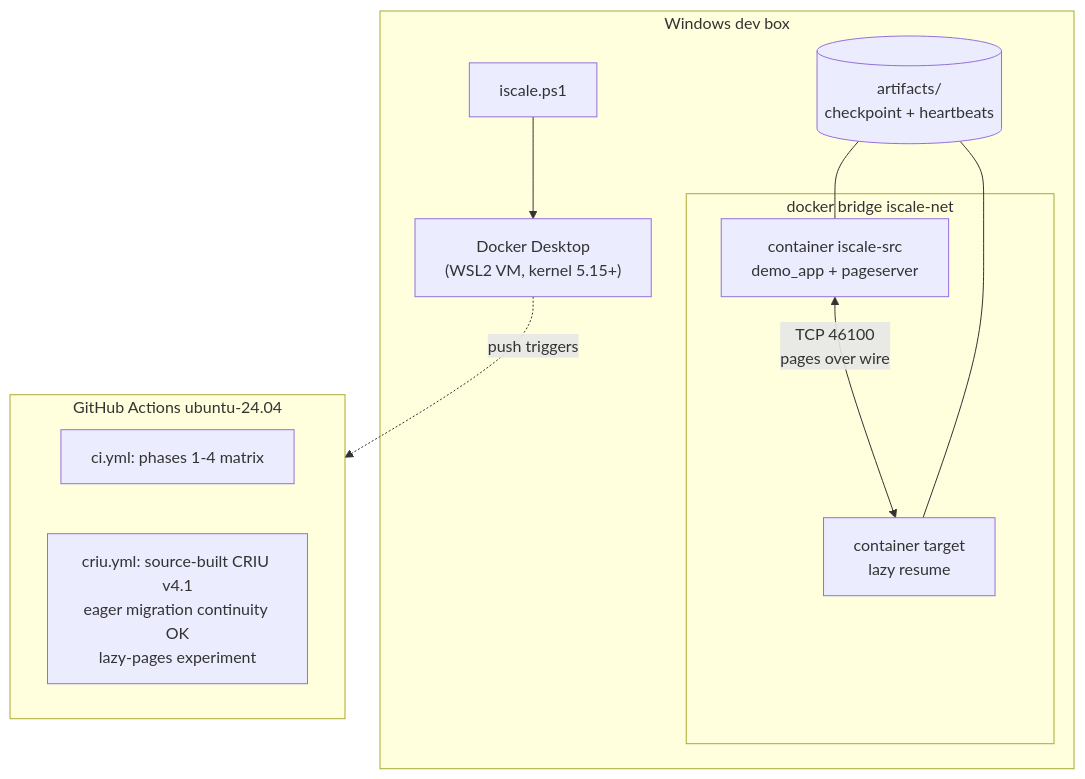
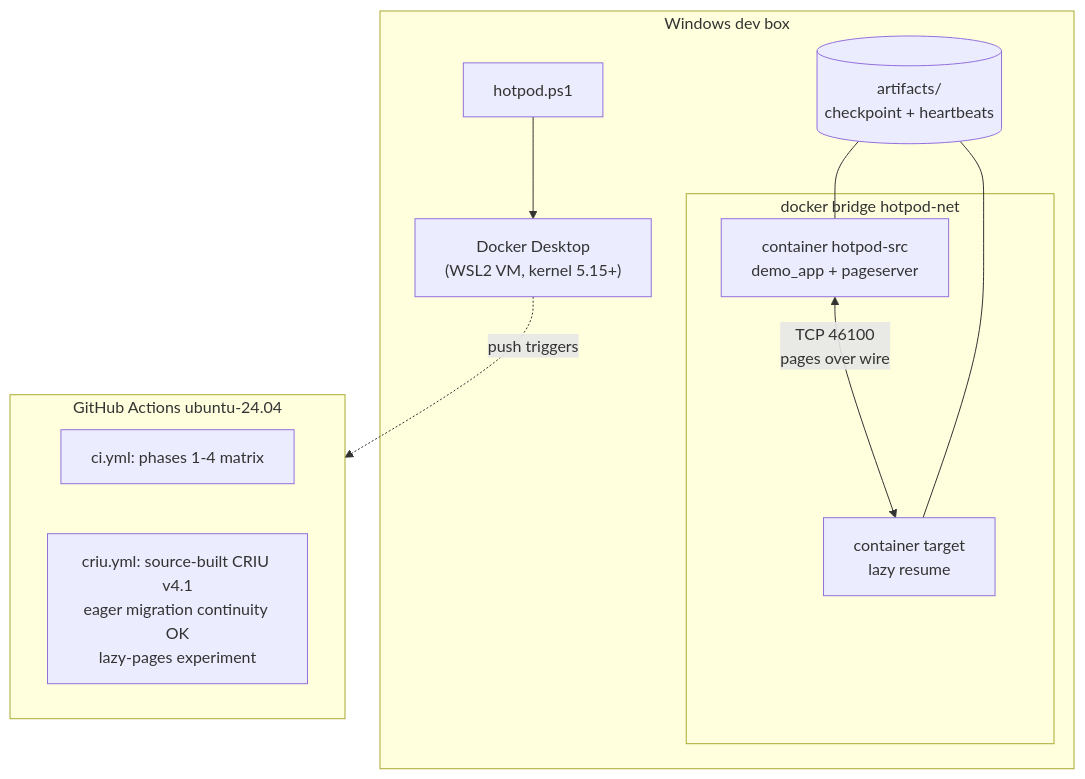
Before and after one commit to MaNiSh-9211/InstantScale: the seventh of 7 diagrams in docs/DIAGRAMS.md, drawn with Mermaid. The commit also changed other lines of this file and 31 other files, not shown here.

````diff
--- a/docs/DIAGRAMS.md
+++ b/docs/DIAGRAMS.md
@@ -109,20 +109,20 @@
 ```mermaid
 flowchart TB
     subgraph WIN["Windows dev box"]
-        PS1["iscale.ps1"]
+        PS1["hotpod.ps1"]
         DD["Docker Desktop<br/>(WSL2 VM, kernel 5.15+)"]
         PS1 --> DD
-        subgraph DDN["docker bridge iscale-net"]
-            C1["container iscale-src<br/>demo_app + pageserver"]
+        subgraph DDN["docker bridge hotpod-net"]
+            C1["container hotpod-src<br/>demo_app + pageserver"]
             C2["container target<br/>lazy resume"]
             C1 <-->|"TCP 46100<br/>pages over wire"| C2
         end
         ART[("artifacts/<br/>checkpoint + heartbeats")] --- C1
         ART --- C2
     end
     subgraph GH["GitHub Actions ubuntu-24.04"]
         CI["ci.yml: phases 1-4 matrix"]
         CC["criu.yml: source-built CRIU v4.1<br/>eager migration continuity OK<br/>lazy-pages experiment"]
     end
     DD -.->|"push triggers"| GH
 ```
````
